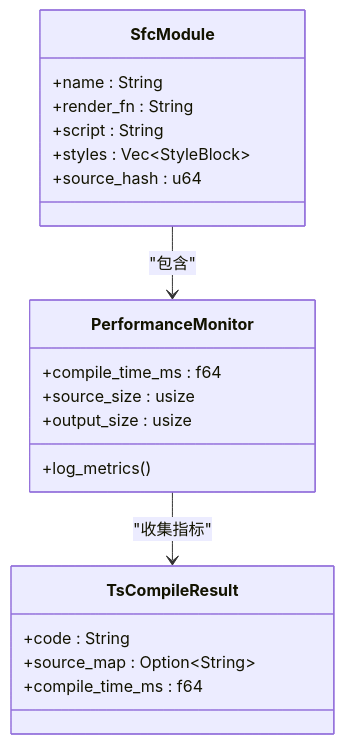
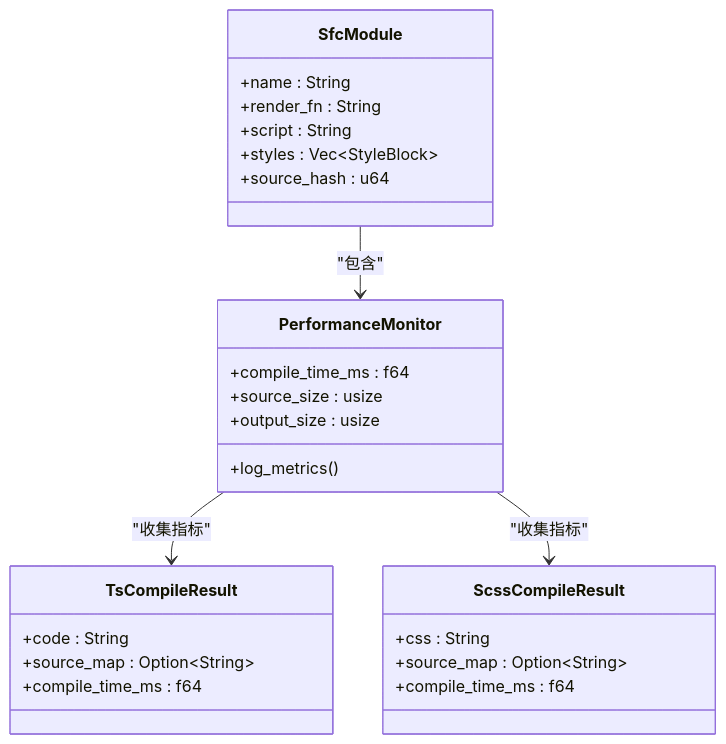
Diagram 27 of 27 in .qoder/repowiki/zh/content/技术架构详解/即时转译系统/SFC编译器初始化机制/SFC编译器初始化机制.md (itszzl-sudo/iris), drawn with Mermaid before and after one commit. The commit also changed other lines of this file and 10 other files, not shown here.

````diff
--- a/.qoder/repowiki/zh/content/技术架构详解/即时转译系统/SFC编译器初始化机制/SFC编译器初始化机制.md
+++ b/.qoder/repowiki/zh/content/技术架构详解/即时转译系统/SFC编译器初始化机制/SFC编译器初始化机制.md
@@ -1158,23 +1378,29 @@
 ```mermaid
 classDiagram
 class PerformanceMonitor {
 +compile_time_ms : f64
 +source_size : usize
 +output_size : usize
 +log_metrics()
 }
 class TsCompileResult {
 +code : String
 +source_map : Option~String~
 +compile_time_ms : f64
 }
+class ScssCompileResult {
++css : String
++source_map : Option~String~
++compile_time_ms : f64
+}
 class SfcModule {
 +name : String
 +render_fn : String
 +script : String
 +styles : Vec~StyleBlock~
 +source_hash : u64
 }
 PerformanceMonitor --> TsCompileResult : "收集指标"
+PerformanceMonitor --> ScssCompileResult : "收集指标"
 SfcModule --> PerformanceMonitor : "包含"
 ```
````
